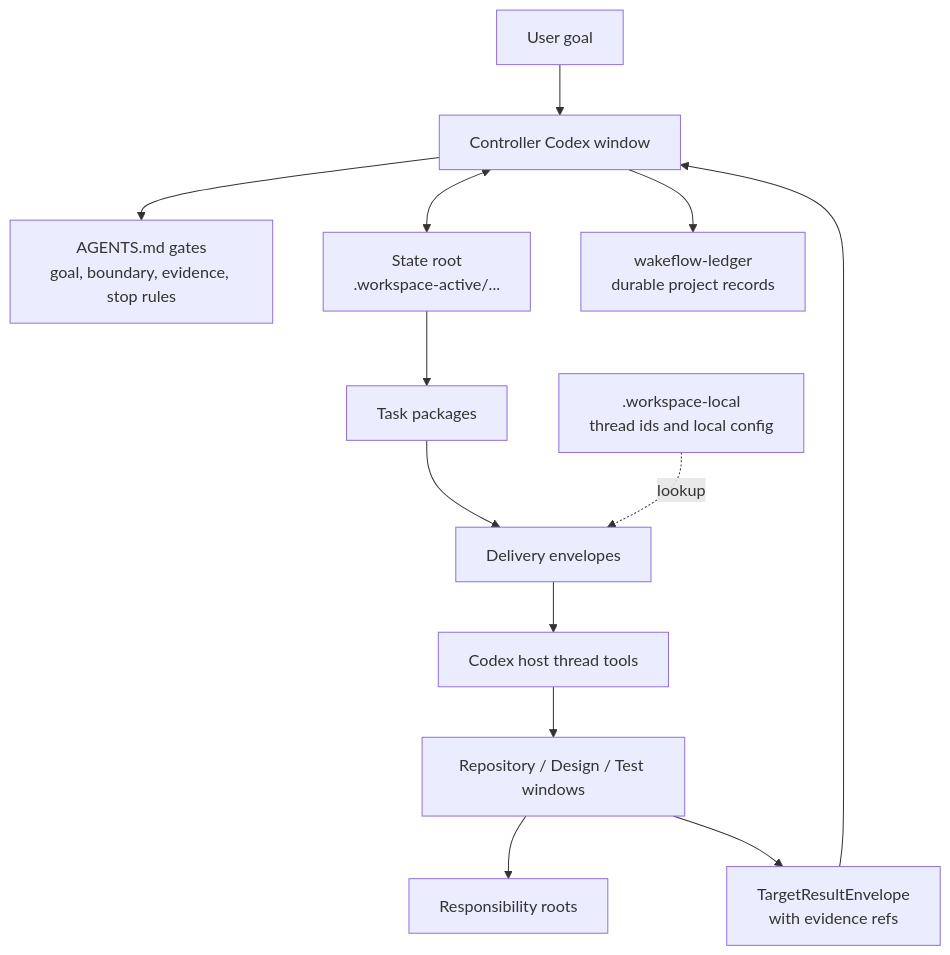
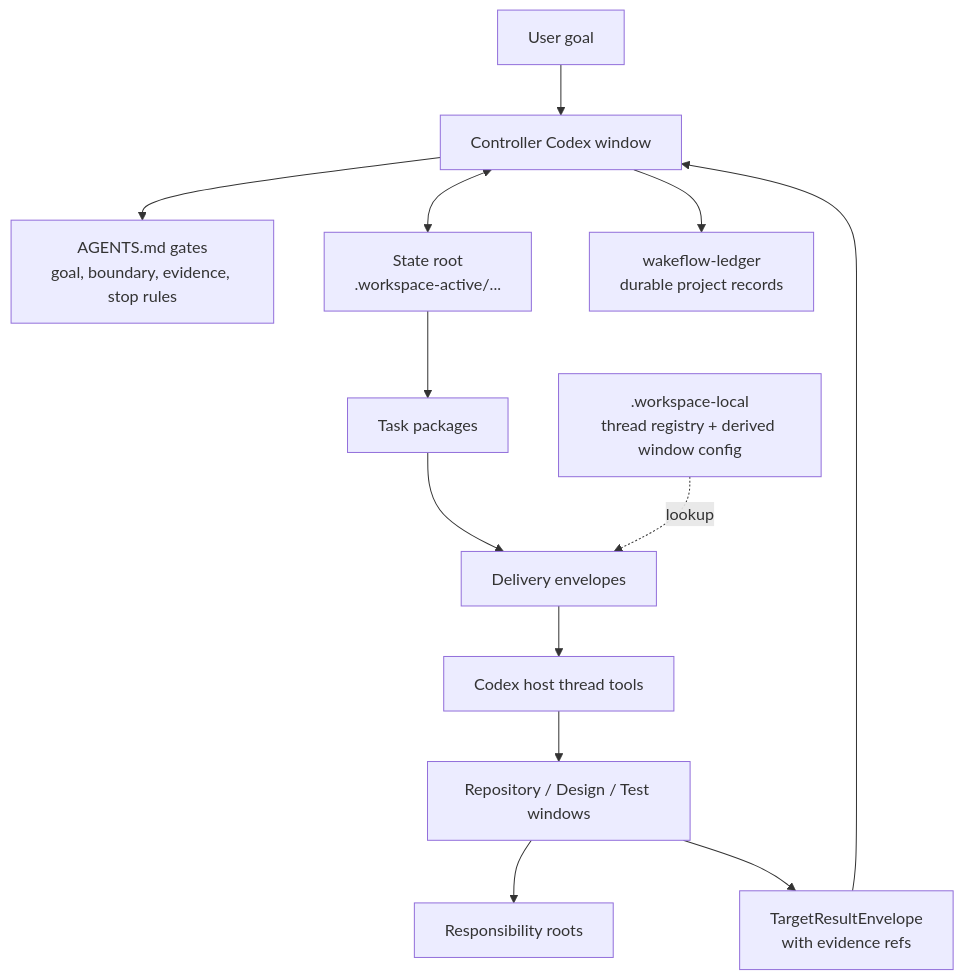
Before and after one commit to GxFn/Wakeflow: the diagram in README.md, drawn with Mermaid. The commit also changed other lines of this file and 10 other files, not shown here.

Commit message:
Enforce single source for Wakeflow thread ids

````diff
--- a/README.md
+++ b/README.md
@@ -54,15 +55,15 @@
 ```mermaid
 flowchart TD
   User["User goal"] --> Controller["Controller Codex window"]
   Controller --> Gates["AGENTS.md gates<br/>goal, boundary, evidence, stop rules"]
   Controller <--> StateRoot["State root<br/>.workspace-active/..."]
   StateRoot --> Tasks["Task packages"]
   Tasks --> Delivery["Delivery envelopes"]
-  LocalRuntime[".workspace-local<br/>thread ids and local config"] -. "lookup" .-> Delivery
+  LocalRuntime[".workspace-local<br/>thread registry + derived window config"] -. "lookup" .-> Delivery
   Delivery --> Host["Codex host thread tools"]
   Host --> Targets["Repository / Design / Test windows"]
   Targets --> Repos["Responsibility roots"]
   Targets --> Results["TargetResultEnvelope<br/>with evidence refs"]
   Results --> Controller
   Controller --> Ledger["wakeflow-ledger<br/>durable project records"]
 ```
````
